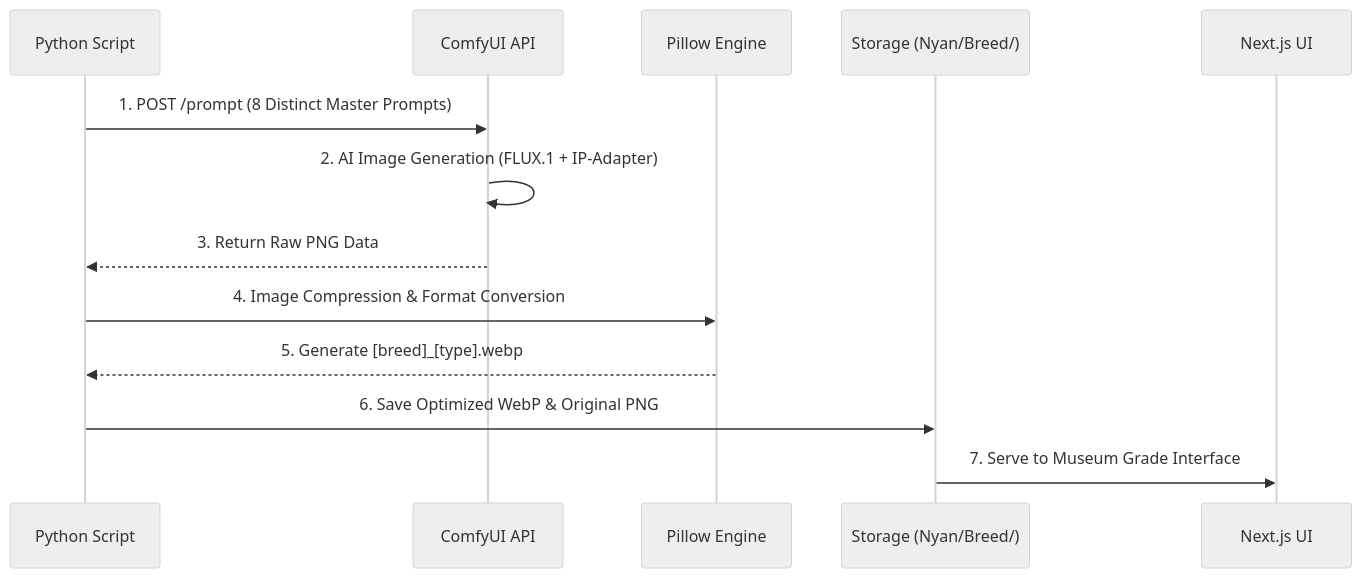
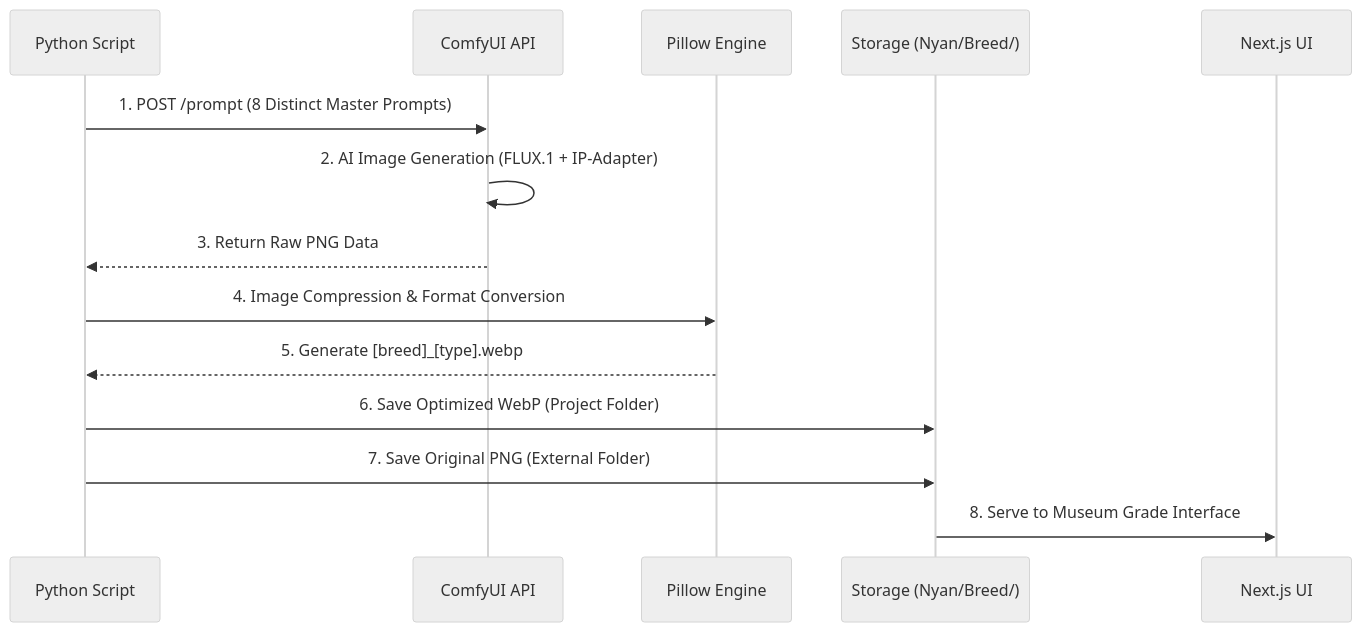
The diagram in .gravityBrain/CORE_LOGIC.md (ff8scall/nyan), drawn with Mermaid (neutral theme) before and after one commit. The commit also changed 880 other files, not shown here.

Commit message:
feat: Museum-grade archive upgrade, SEO optimization, and i18n support

````diff
--- a/.gravityBrain/CORE_LOGIC.md
+++ b/.gravityBrain/CORE_LOGIC.md
@@ -44,16 +44,17 @@
 ```mermaid
 sequenceDiagram
     participant P as Python Script
     participant C as ComfyUI API
     participant PIL as Pillow Engine
     participant S as Storage (Nyan/Breed/)
     participant UI as Next.js UI
 
     P->>C: 1. POST /prompt (8 Distinct Master Prompts)
     C->>C: 2. AI Image Generation (FLUX.1 + IP-Adapter)
     C-->>P: 3. Return Raw PNG Data
     P->>PIL: 4. Image Compression & Format Conversion
     PIL-->>P: 5. Generate [breed]_[type].webp
-    P->>S: 6. Save Optimized WebP & Original PNG
-    S->>UI: 7. Serve to Museum Grade Interface
+    P->>S: 6. Save Optimized WebP (Project Folder)
+    P->>S: 7. Save Original PNG (External Folder)
+    S->>UI: 8. Serve to Museum Grade Interface
 ```
````
